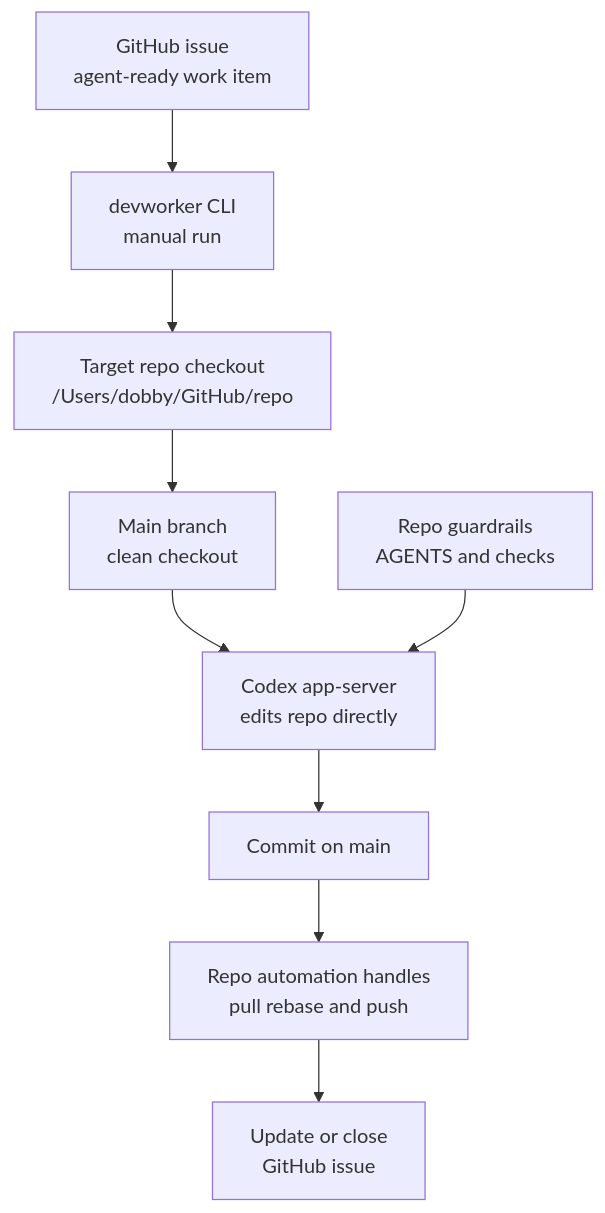
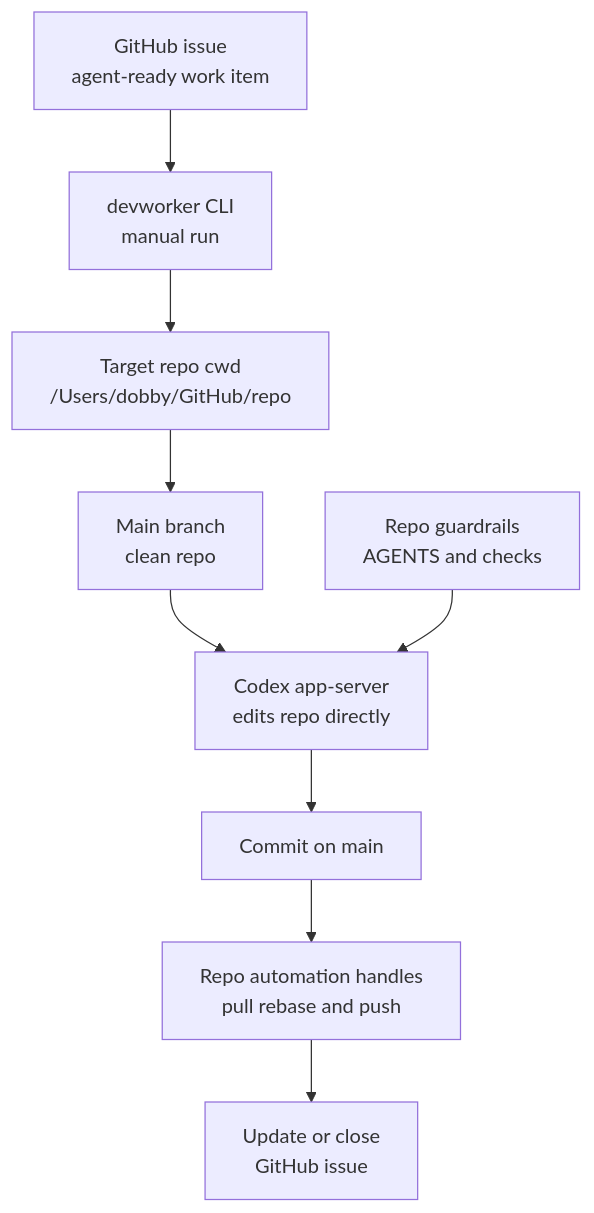
Before and after one commit to wisdom-in-a-nutshell/.agents: the diagram in docs/architecture/devworker-orchestration.md, drawn with Mermaid. The commit also changed other lines of this file, not shown here.

````diff
--- a/docs/architecture/devworker-orchestration.md
+++ b/docs/architecture/devworker-orchestration.md
@@ -9,21 +9,21 @@
 ```mermaid
 flowchart TD
     A[GitHub issue<br/>agent-ready work item]
     B[devworker CLI<br/>manual run]
-    C[Target repo checkout<br/>/Users/dobby/GitHub/repo]
-    D[Main branch<br/>clean checkout]
+    C[Target repo cwd<br/>/Users/dobby/GitHub/repo]
+    D[Main branch<br/>clean repo]
     E[Codex app-server<br/>edits repo directly]
     F[Repo guardrails<br/>AGENTS and checks]
     G[Commit on main]
     H[Repo automation handles<br/>pull rebase and push]
     J[Update or close<br/>GitHub issue]
 
     A --> B
     B --> C
     C --> D
     D --> E
     F --> E
     E --> G
     G --> H
     H --> J
 ```
````
